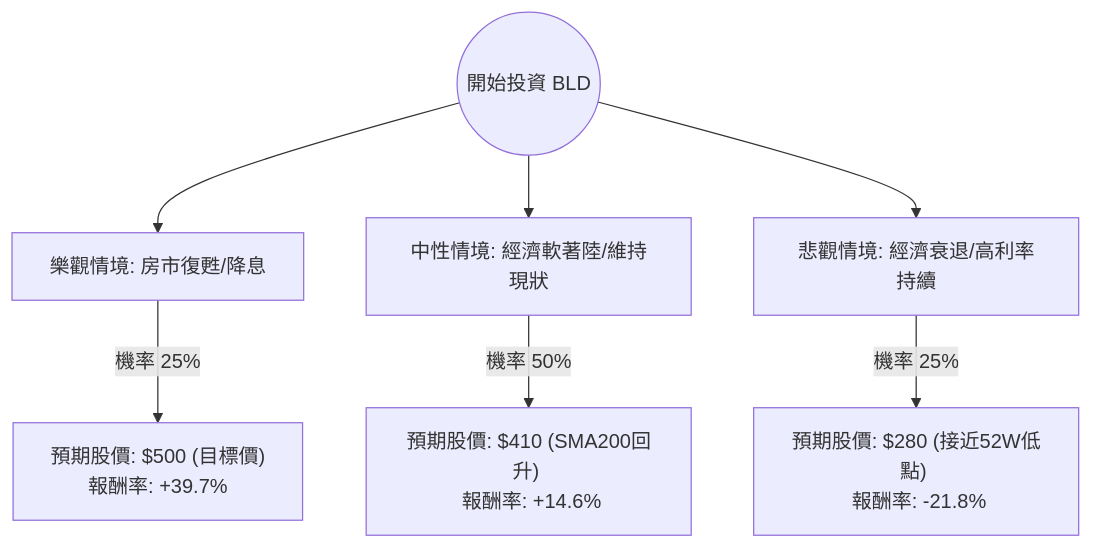
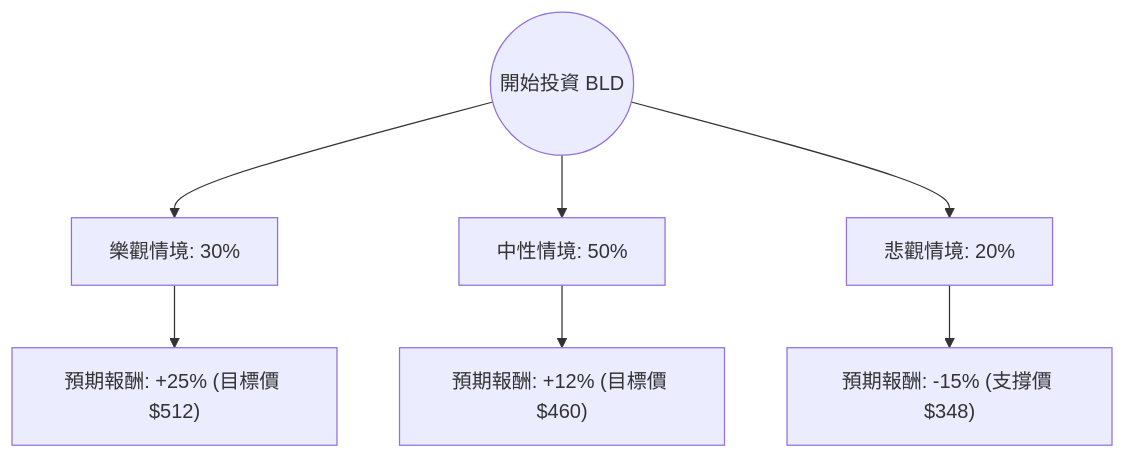
The diagram in plugin-react/ai-analysis/ev-analysis/BLD.md (zmcx16/zmcx16.github.io), drawn with Mermaid before and after one commit. The commit also changed other lines of this file and 68 other files, not shown here.

````diff
--- a/plugin-react/ai-analysis/ev-analysis/BLD.md
+++ b/plugin-react/ai-analysis/ev-analysis/BLD.md
@@ -21,10 +22,10 @@
 ```mermaid
 graph TD
-    Start((開始投資 BLD)) --> Bull[樂觀情境: 房市復甦/降息]
-    Start --> Base[中性情境: 經濟軟著陸/維持現狀]
-    Start --> Bear[悲觀情境: 經濟衰退/高利率持續]
+    Start((開始投資 BLD)) --> Bull[樂觀情境: 30%]
+    Start --> Base[中性情境: 50%]
+    Start --> Bear[悲觀情境: 20%]
 
-    Bull -- "機率 25%" --> BullVal["預期股價: $500 (目標價) <br/> 報酬率: +39.7%"]
-    Base -- "機率 50%" --> BaseVal["預期股價: $410 (SMA200回升) <br/> 報酬率: +14.6%"]
-    Bear -- "機率 25%" --> BearVal["預期股價: $280 (接近52W低點) <br/> 報酬率: -21.8%"]
+    Bull --> Bull_EV["預期報酬: +25% (目標價 $512)"]
+    Base --> Base_EV["預期報酬: +12% (目標價 $460)"]
+    Bear --> Bear_EV["預期報酬: -15% (支撐價 $348)"]
 ```
````
